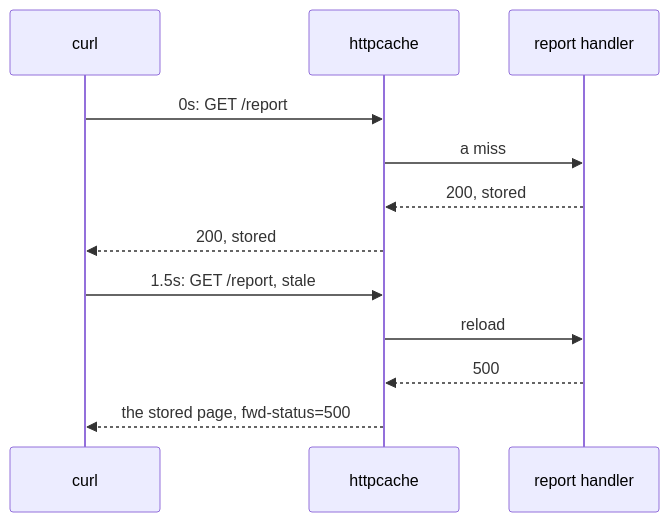
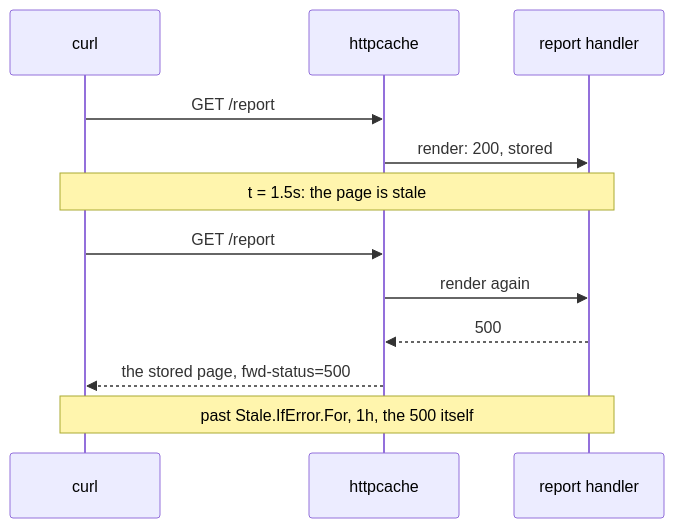
The first of 2 diagrams in docs/en/concepts/httpcache.md (eugeneliukindev/gashe), drawn with Mermaid before and after one commit. The commit also changed other lines of this file and 195 other files, not shown here.

````diff
--- a/docs/en/concepts/httpcache.md
+++ b/docs/en/concepts/httpcache.md
@@ -196,14 +220,14 @@
 ```mermaid
 sequenceDiagram
     participant C as curl
     participant H as httpcache
     participant R as report handler
-    C->>H: 0s: GET /report
-    H->>R: a miss
-    R-->>H: 200, stored
-    H-->>C: 200, stored
-    C->>H: 1.5s: GET /report, stale
-    H->>R: reload
+    C->>H: GET /report
+    H->>R: render: 200, stored
+    Note over C,R: t = 1.5s: the page is stale
+    C->>H: GET /report
+    H->>R: render again
     R-->>H: 500
     H-->>C: the stored page, fwd-status=500
+    Note over C,R: past Stale.IfError.For, 1h, the 500 itself
 ```
````
